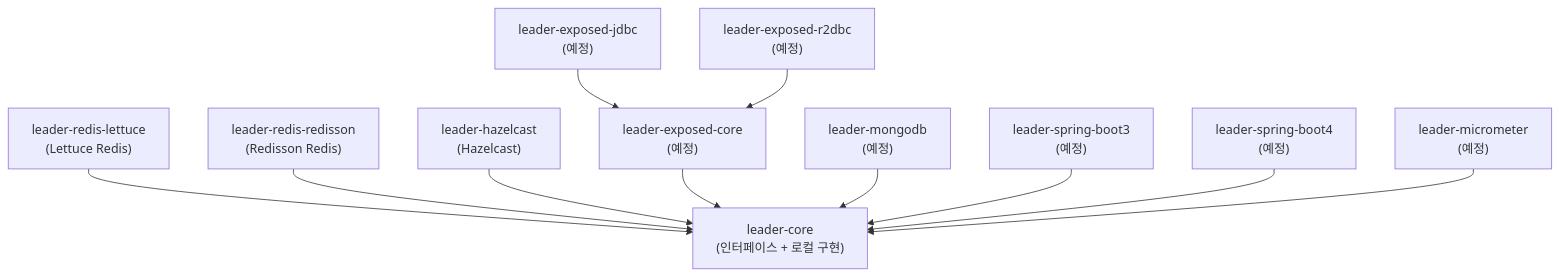
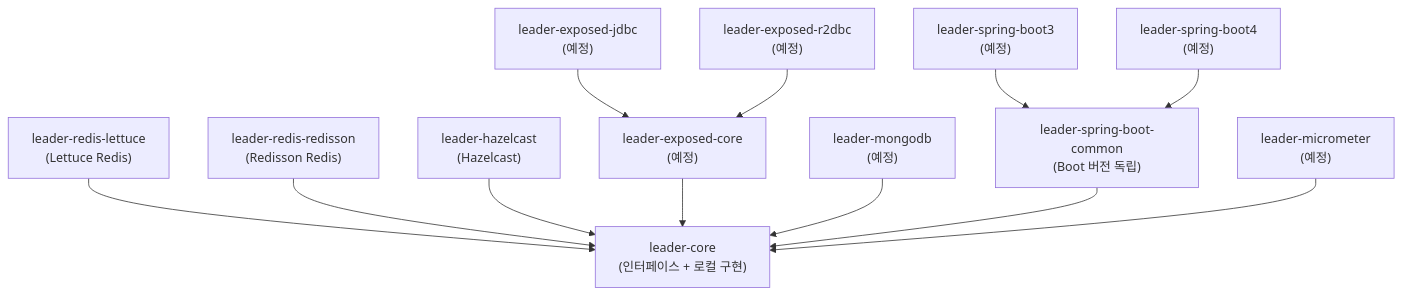
The first of 3 diagrams in README.ko.md (bluetape4k/bluetape4k-leader), drawn with Mermaid before and after one commit. The commit also changed other lines of this file and 26 other files, not shown here.

````diff
--- a/README.ko.md
+++ b/README.ko.md
@@ -25,25 +25,27 @@
 ```mermaid
 graph TD
     Core["leader-core\n(인터페이스 + 로컬 구현)"]
     Lettuce["leader-redis-lettuce\n(Lettuce Redis)"]
     Redisson["leader-redis-redisson\n(Redisson Redis)"]
     Hazelcast["leader-hazelcast\n(Hazelcast)"]
     ExposedCore["leader-exposed-core\n(예정)"]
     ExposedJdbc["leader-exposed-jdbc\n(예정)"]
     ExposedR2dbc["leader-exposed-r2dbc\n(예정)"]
     Mongo["leader-mongodb\n(예정)"]
+    SBCommon["leader-spring-boot-common\n(Boot 버전 독립)"]
     SB3["leader-spring-boot3\n(예정)"]
     SB4["leader-spring-boot4\n(예정)"]
     Metrics["leader-micrometer\n(예정)"]
 
     Lettuce --> Core
     Redisson --> Core
     Hazelcast --> Core
     ExposedCore --> Core
     ExposedJdbc --> ExposedCore
     ExposedR2dbc --> ExposedCore
     Mongo --> Core
-    SB3 --> Core
-    SB4 --> Core
+    SBCommon --> Core
+    SB3 --> SBCommon
+    SB4 --> SBCommon
     Metrics --> Core
 ```
````
